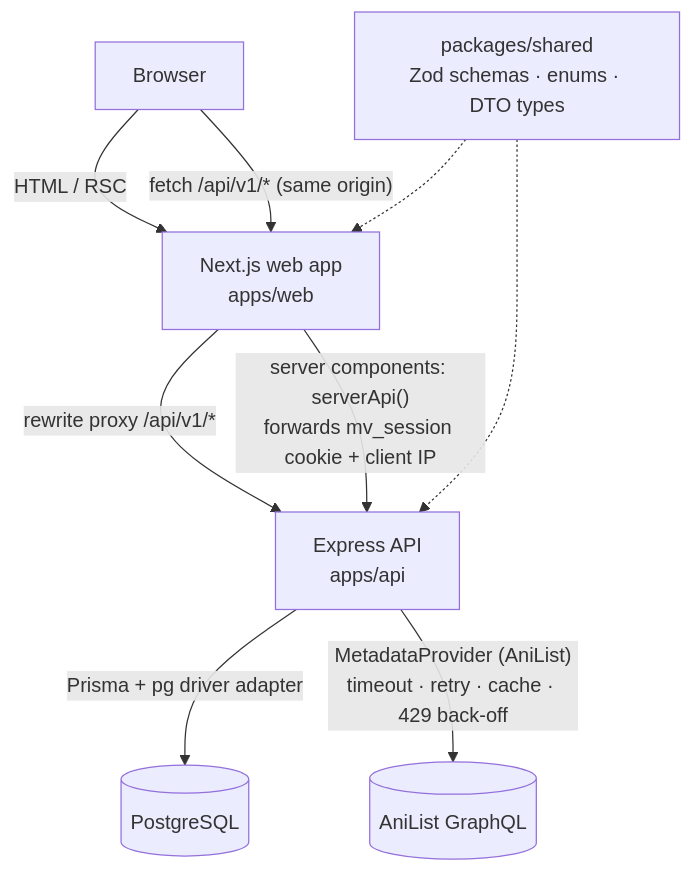
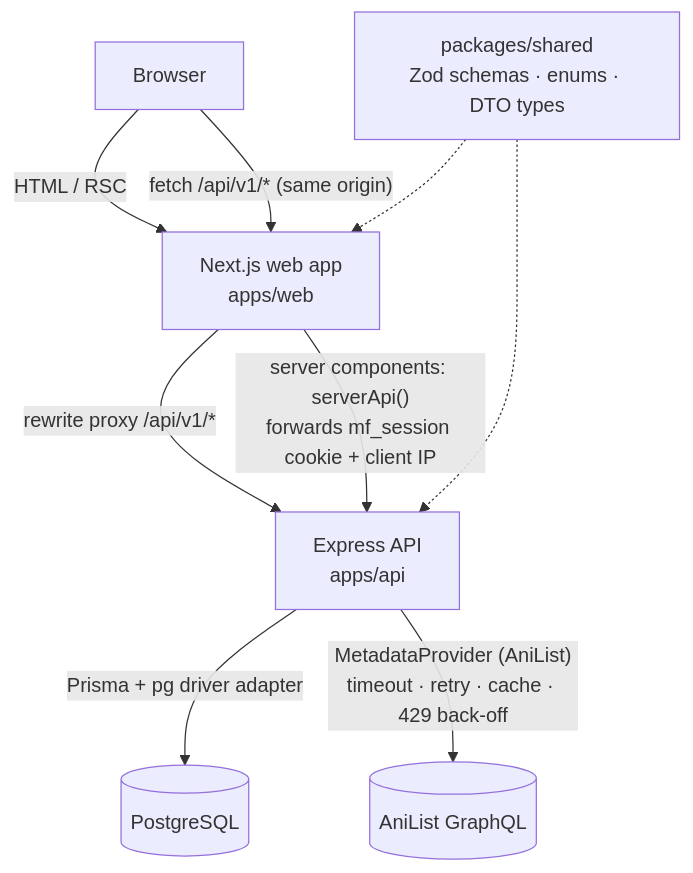
One commit to shamit64/Manga-Platform-MangaForEver changed the first of 2 diagrams in docs/architecture.md. Above: the diagram before and after it, drawn with Mermaid. The commit also changed other lines of this file and 98 other files, not shown here.

````diff
--- a/docs/architecture.md
+++ b/docs/architecture.md
@@ -5,11 +5,11 @@
 ```mermaid
 flowchart TB
   B[Browser] -->|"HTML / RSC"| W[Next.js web app<br/>apps/web]
   B -->|"fetch /api/v1/* (same origin)"| W
   W -->|"rewrite proxy /api/v1/*"| A
-  W -->|"server components: serverApi()<br/>forwards mv_session cookie + client IP"| A[Express API<br/>apps/api]
+  W -->|"server components: serverApi()<br/>forwards mf_session cookie + client IP"| A[Express API<br/>apps/api]
   A -->|Prisma + pg driver adapter| D[(PostgreSQL)]
   A -->|"MetadataProvider (AniList)<br/>timeout · retry · cache · 429 back-off"| X[(AniList GraphQL)]
   S[packages/shared<br/>Zod schemas · enums · DTO types] -.-> W
   S -.-> A
 ```
````
